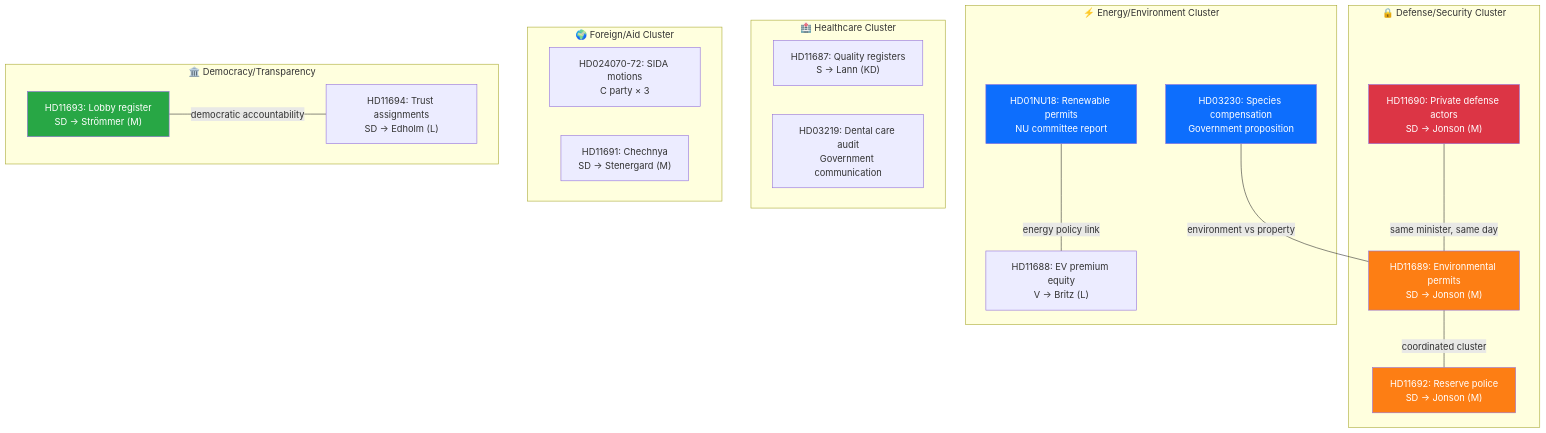
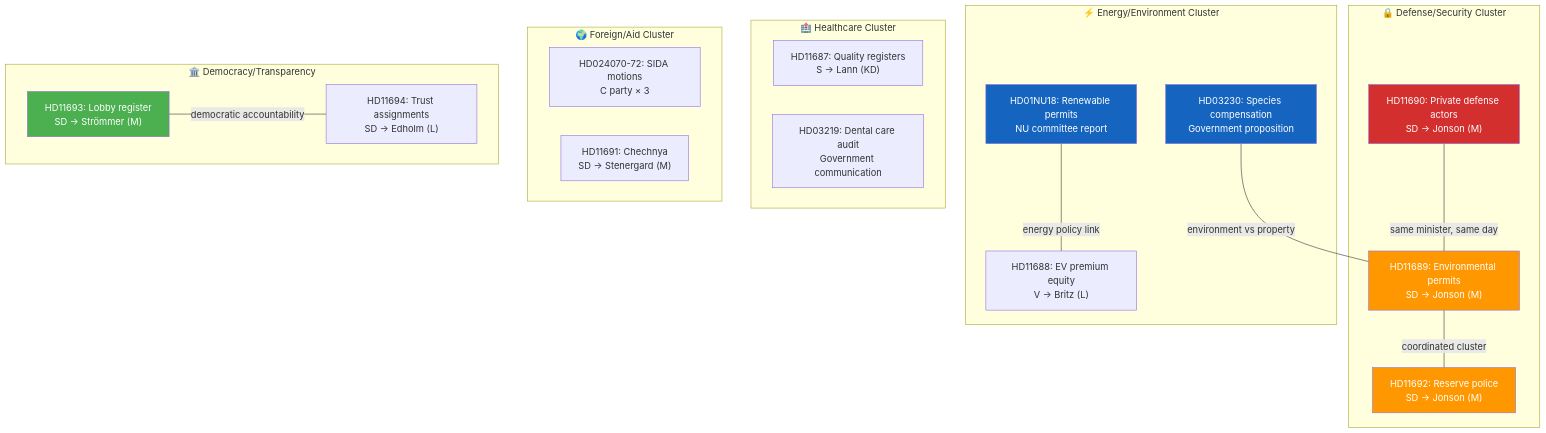
Before and after one commit to Hack23/riksdagsmonitor: the diagram in analysis/daily/2026-04-08/realtime-1433/cross-reference-map.md, drawn with Mermaid. The commit also changed 785 other files, not shown here.

First line of the commit message:
Normalize mermaid colors across 786 analysis artifacts to ISMS Style Guide palette

````diff
--- a/analysis/daily/2026-04-08/realtime-1433/cross-reference-map.md
+++ b/analysis/daily/2026-04-08/realtime-1433/cross-reference-map.md
@@ -10,42 +10,42 @@
 ```mermaid
 graph TD
     subgraph "🔒 Defense/Security Cluster"
         HD11690["HD11690: Private defense actors<br/>SD → Jonson (M)"]
         HD11689["HD11689: Environmental permits<br/>SD → Jonson (M)"]
         HD11692["HD11692: Reserve police<br/>SD → Jonson (M)"]
     end
 
     subgraph "⚡ Energy/Environment Cluster"
         HD01NU18["HD01NU18: Renewable permits<br/>NU committee report"]
         HD03230["HD03230: Species compensation<br/>Government proposition"]
         HD11688["HD11688: EV premium equity<br/>V → Britz (L)"]
     end
 
     subgraph "🏥 Healthcare Cluster"
         HD11687["HD11687: Quality registers<br/>S → Lann (KD)"]
         HD03219["HD03219: Dental care audit<br/>Government communication"]
     end
 
     subgraph "🌍 Foreign/Aid Cluster"
         HD024070["HD024070-72: SIDA motions<br/>C party × 3"]
         HD11691["HD11691: Chechnya<br/>SD → Stenergard (M)"]
     end
 
     subgraph "🏛️ Democracy/Transparency"
         HD11693["HD11693: Lobby register<br/>SD → Strömmer (M)"]
         HD11694["HD11694: Trust assignments<br/>SD → Edholm (L)"]
     end
 
     HD11690 ---|"same minister, same day"| HD11689
     HD11689 ---|"coordinated cluster"| HD11692
     HD01NU18 ---|"energy policy link"| HD11688
     HD03230 ---|"environment vs property"| HD11689
     HD11693 ---|"democratic accountability"| HD11694
 
-    style HD11690 fill:#dc3545,color:#fff
-    style HD11689 fill:#fd7e14,color:#fff
-    style HD11692 fill:#fd7e14,color:#fff
-    style HD01NU18 fill:#0d6efd,color:#fff
-    style HD03230 fill:#0d6efd,color:#fff
-    style HD11693 fill:#28a745,color:#fff
+    style HD11690 fill:#D32F2F,color:#FFFFFF
+    style HD11689 fill:#FF9800,color:#FFFFFF
+    style HD11692 fill:#FF9800,color:#FFFFFF
+    style HD01NU18 fill:#1565C0,color:#FFFFFF
+    style HD03230 fill:#1565C0,color:#FFFFFF
+    style HD11693 fill:#4CAF50,color:#FFFFFF
 ```
````
